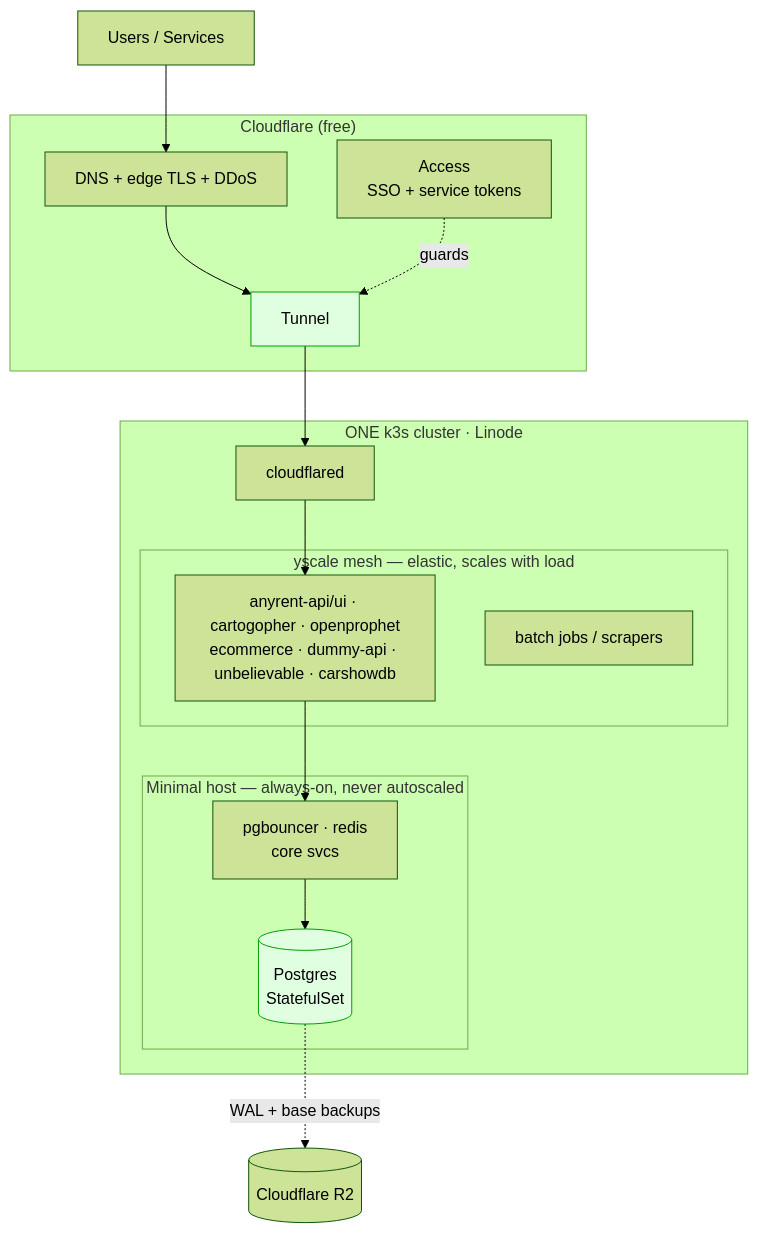
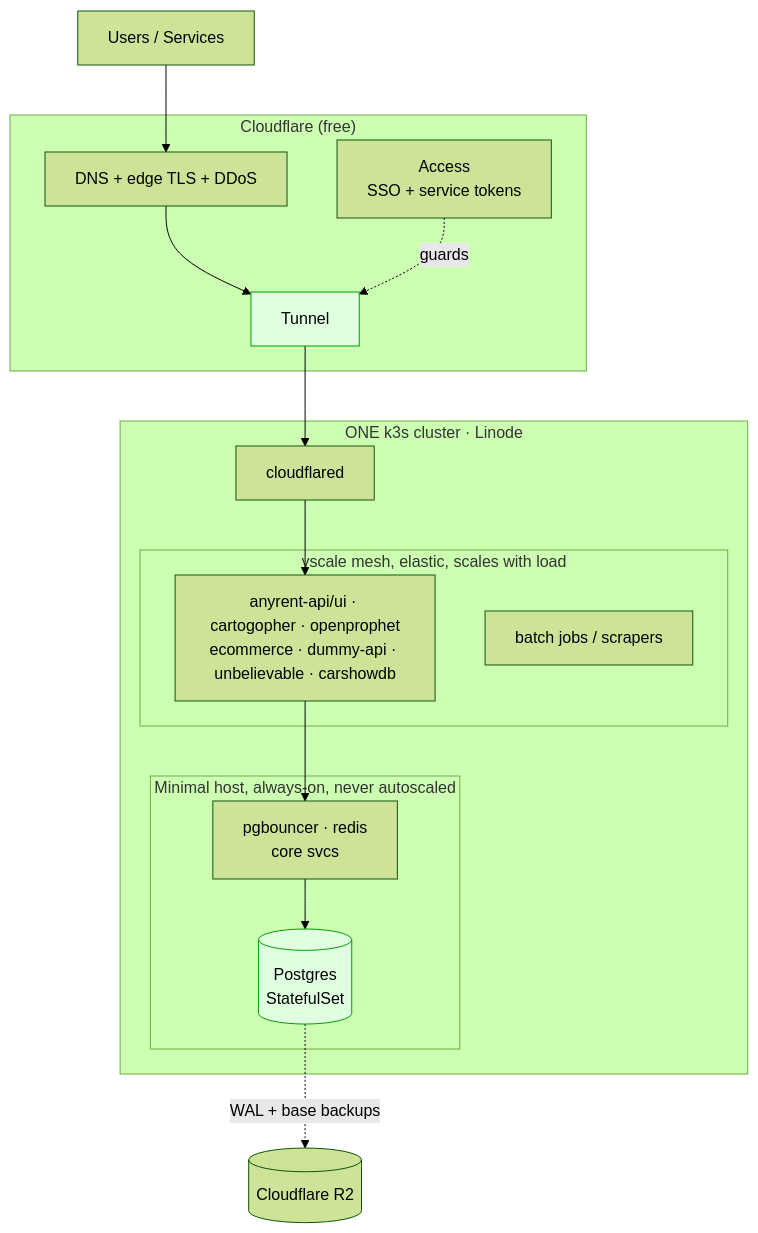
One commit to Yscale-sh/idp changed the second of 4 diagrams in docs/DIAGRAMS.md. Above: the diagram before and after it, drawn with Mermaid (forest theme). The commit also changed other lines of this file and 19 other files, not shown here.

````diff
--- a/docs/DIAGRAMS.md
+++ b/docs/DIAGRAMS.md
@@ -29,27 +37,27 @@
 ```mermaid
 flowchart TB
   USERS["Users / Services"]
   subgraph CF["Cloudflare (free)"]
     DNS["DNS + edge TLS + DDoS"]
     ACC["Access<br/>SSO + service tokens"]
     TUN["Tunnel"]
   end
   USERS --> DNS --> TUN
   ACC -. "guards" .-> TUN
   subgraph K["ONE k3s cluster · Linode"]
     CFD["cloudflared"]
-    subgraph H["Minimal host — always-on, never autoscaled"]
+    subgraph H["Minimal host, always-on, never autoscaled"]
       PG[("Postgres<br/>StatefulSet")]
       EXTRA["pgbouncer · redis<br/>core svcs"]
     end
-    subgraph M["yscale mesh — elastic, scales with load"]
+    subgraph M["yscale mesh, elastic, scales with load"]
       APPS["anyrent-api/ui · cartogopher · openprophet<br/>ecommerce · dummy-api · unbelievable · carshowdb"]
       JOBS["batch jobs / scrapers"]
     end
   end
   TUN --> CFD --> APPS
   APPS --> EXTRA --> PG
   PG -. "WAL + base backups" .-> R2[("Cloudflare R2")]
   classDef ok fill:#e0ffe0,stroke:#00a000,color:#000;
   class TUN,PG ok;
 ```
````
